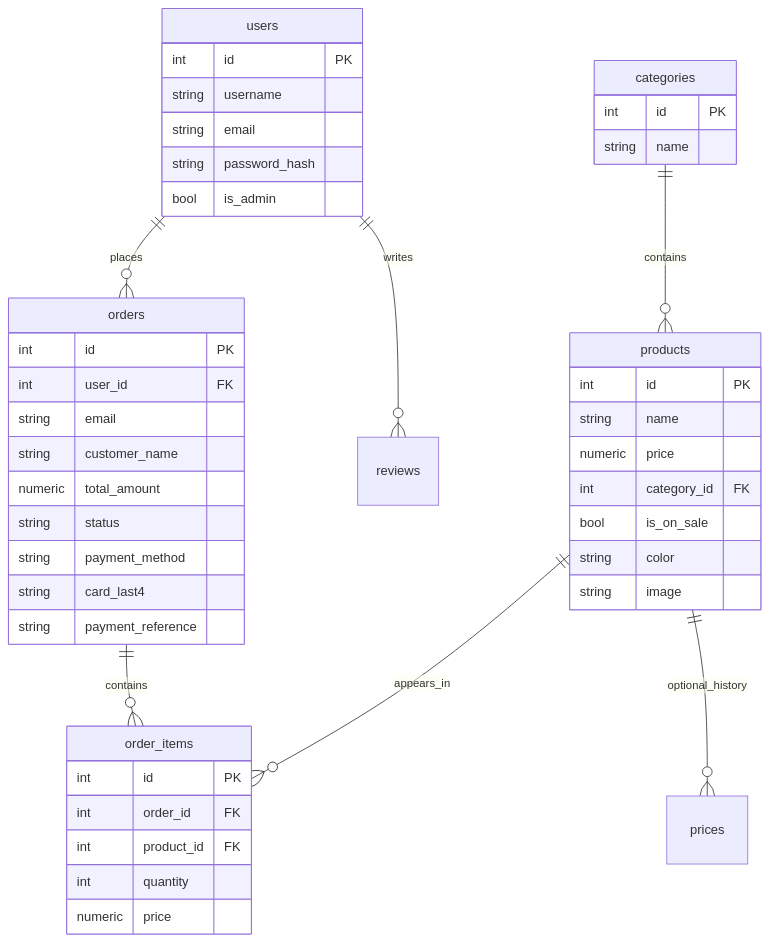
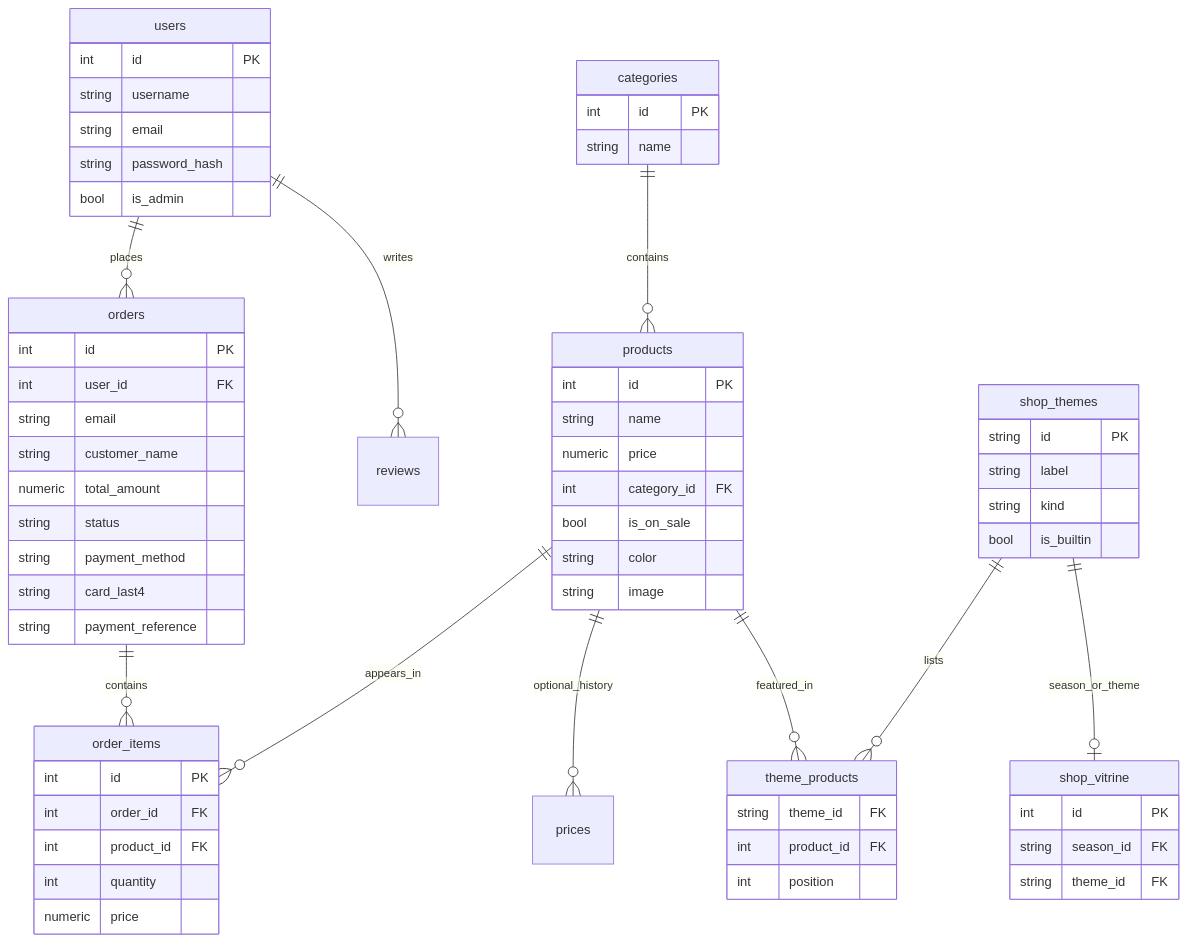
One commit to Issercio/Demo-day changed the second of 3 diagrams in README.md. Above: the diagram before and after it, drawn with Mermaid. The commit also changed other lines of this file and 12 other files, not shown here.

First line of the commit message:
Store shop themes and the live vitrine in SQL, linked to products.

````diff
--- a/README.md
+++ b/README.md
@@ -197,48 +197,67 @@
 ```mermaid
 erDiagram
   users ||--o{ orders : places
   users ||--o{ reviews : writes
   categories ||--o{ products : contains
   products ||--o{ order_items : appears_in
   orders ||--o{ order_items : contains
   products ||--o{ prices : optional_history
+  shop_themes ||--o{ theme_products : lists
+  products ||--o{ theme_products : featured_in
+  shop_themes ||--o| shop_vitrine : season_or_theme
 
   users {
     int id PK
     string username
     string email
     string password_hash
     bool is_admin
   }
   categories {
     int id PK
     string name
   }
   products {
     int id PK
     string name
     numeric price
     int category_id FK
     bool is_on_sale
     string color
     string image
   }
+  shop_themes {
+    string id PK
+    string label
+    string kind
+    bool is_builtin
+  }
+  theme_products {
+    string theme_id FK
+    int product_id FK
+    int position
+  }
+  shop_vitrine {
+    int id PK
+    string season_id FK
+    string theme_id FK
+  }
   orders {
     int id PK
     int user_id FK
     string email
     string customer_name
     numeric total_amount
     string status
     string payment_method
     string card_last4
     string payment_reference
   }
   order_items {
     int id PK
     int order_id FK
     int product_id FK
     int quantity
     numeric price
   }
 ```
````
